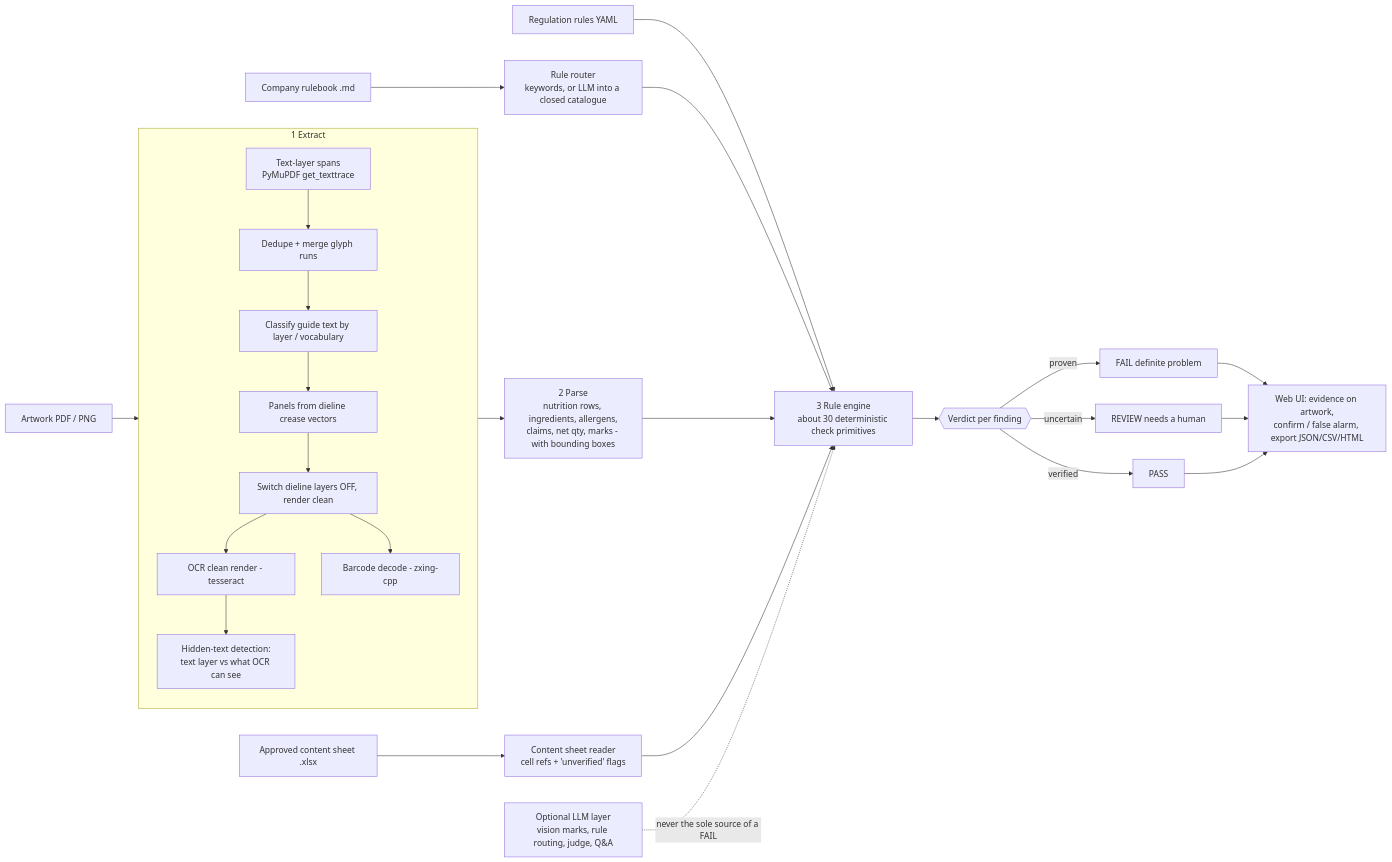
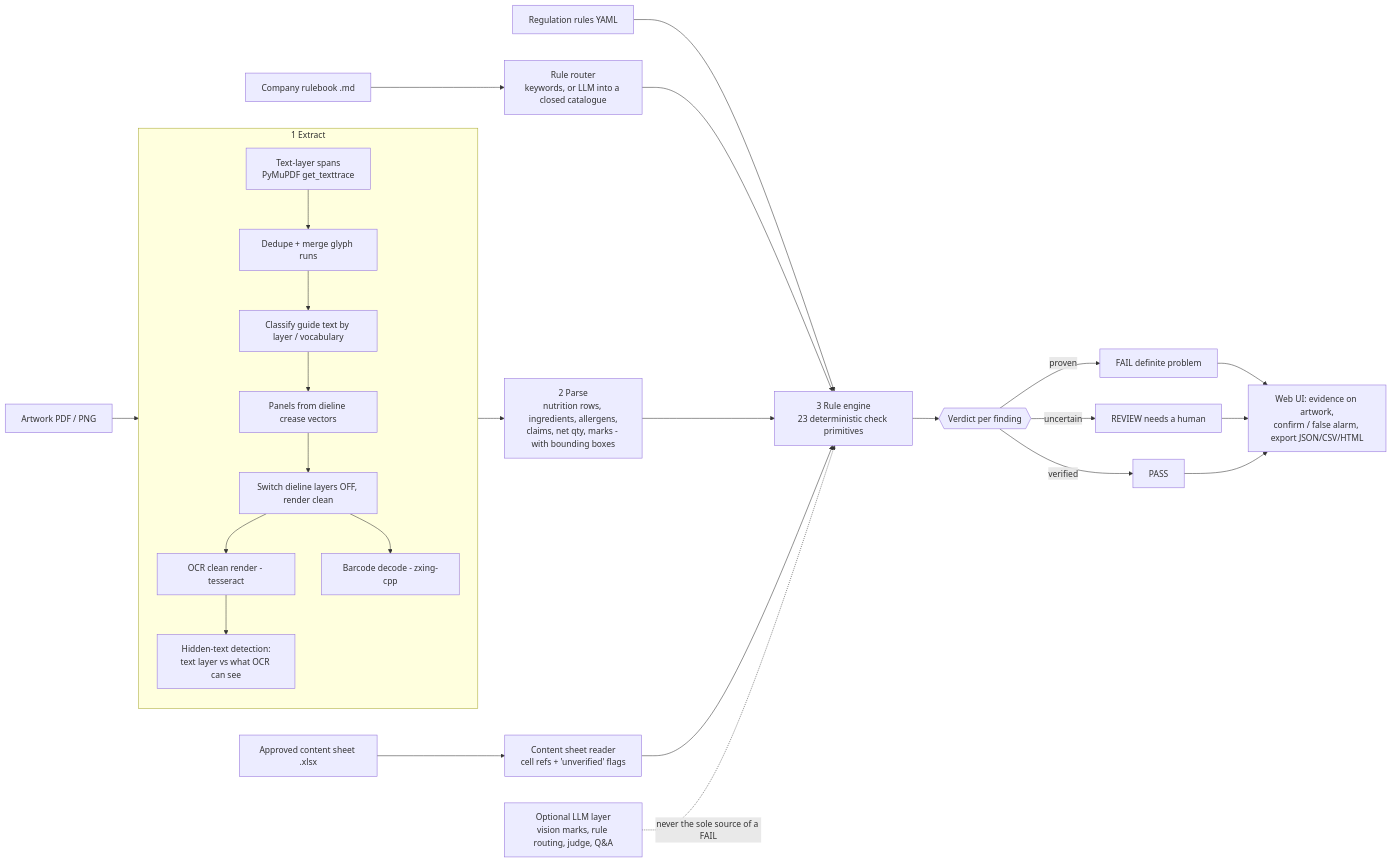
The diagram in docs/ARCHITECTURE.md (vini-dapooh/GreenLight12), drawn with Mermaid before and after one commit. The commit also changed 2 other files, not shown here.

Commit message:
Docs: correct check count to 23 in architecture diagram

````diff
--- a/docs/ARCHITECTURE.md
+++ b/docs/ARCHITECTURE.md
@@ -3,28 +3,28 @@
 ```mermaid
 flowchart LR
   A[Artwork PDF / PNG] --> X
   S[Approved content sheet .xlsx] --> SH
   R1[Regulation rules YAML] --> RE
   R2[Company rulebook .md] --> RT[Rule router<br/>keywords, or LLM into a closed catalogue]
   RT --> RE
 
   subgraph X[1 Extract]
     X1[Text-layer spans<br/>PyMuPDF get_texttrace] --> X2[Dedupe + merge glyph runs]
     X2 --> X3[Classify guide text by layer / vocabulary]
     X3 --> X4[Panels from dieline crease vectors]
     X4 --> X5[Switch dieline layers OFF, render clean]
     X5 --> X6[OCR clean render - tesseract]
     X6 --> X7[Hidden-text detection:<br/>text layer vs what OCR can see]
     X5 --> X8[Barcode decode - zxing-cpp]
   end
   SH[Content sheet reader<br/>cell refs + 'unverified' flags]
   X --> P[2 Parse<br/>nutrition rows, ingredients, allergens,<br/>claims, net qty, marks - with bounding boxes]
-  P --> RE[3 Rule engine<br/>about 30 deterministic check primitives]
+  P --> RE[3 Rule engine<br/>23 deterministic check primitives]
   SH --> RE
   RE --> V{{Verdict per finding}}
   V -->|proven| F[FAIL definite problem]
   V -->|uncertain| W[REVIEW needs a human]
   V -->|verified| OK[PASS]
   LLM[Optional LLM layer<br/>vision marks, rule routing, judge, Q&A] -.->|never the sole source of a FAIL| RE
   F & W & OK --> UI[Web UI: evidence on artwork,<br/>confirm / false alarm, export JSON/CSV/HTML]
 ```
````
